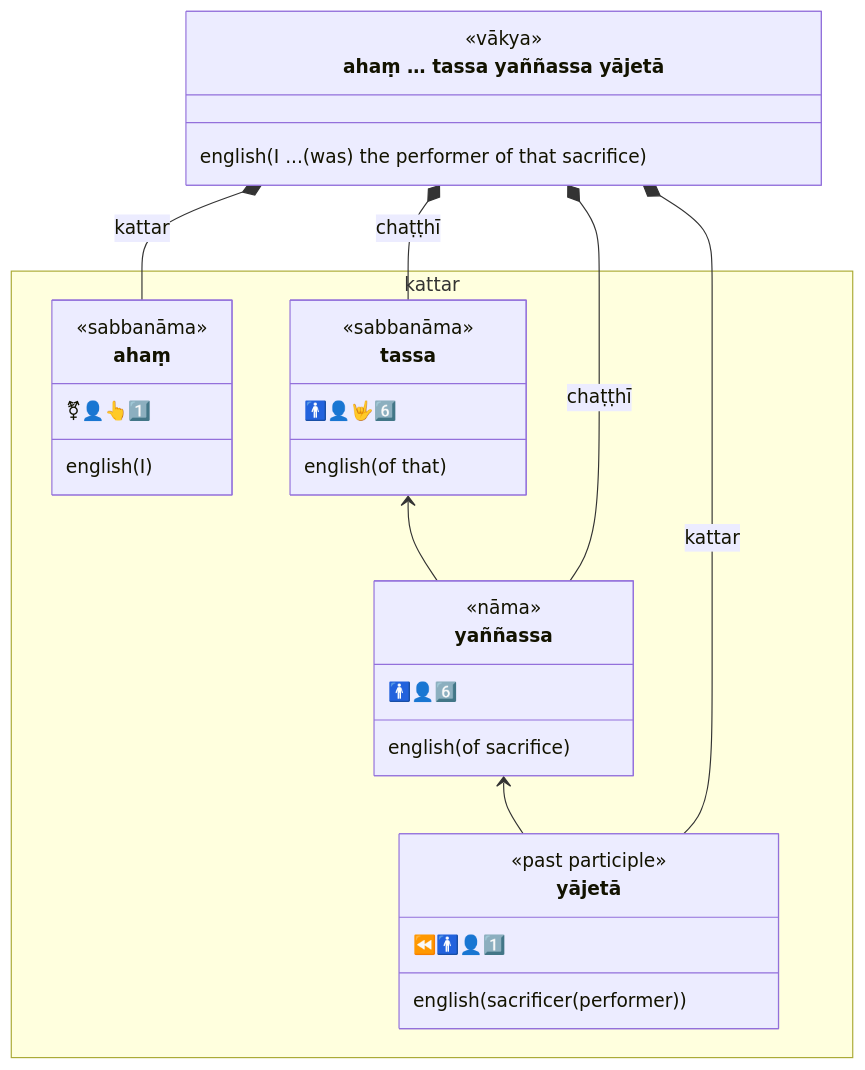
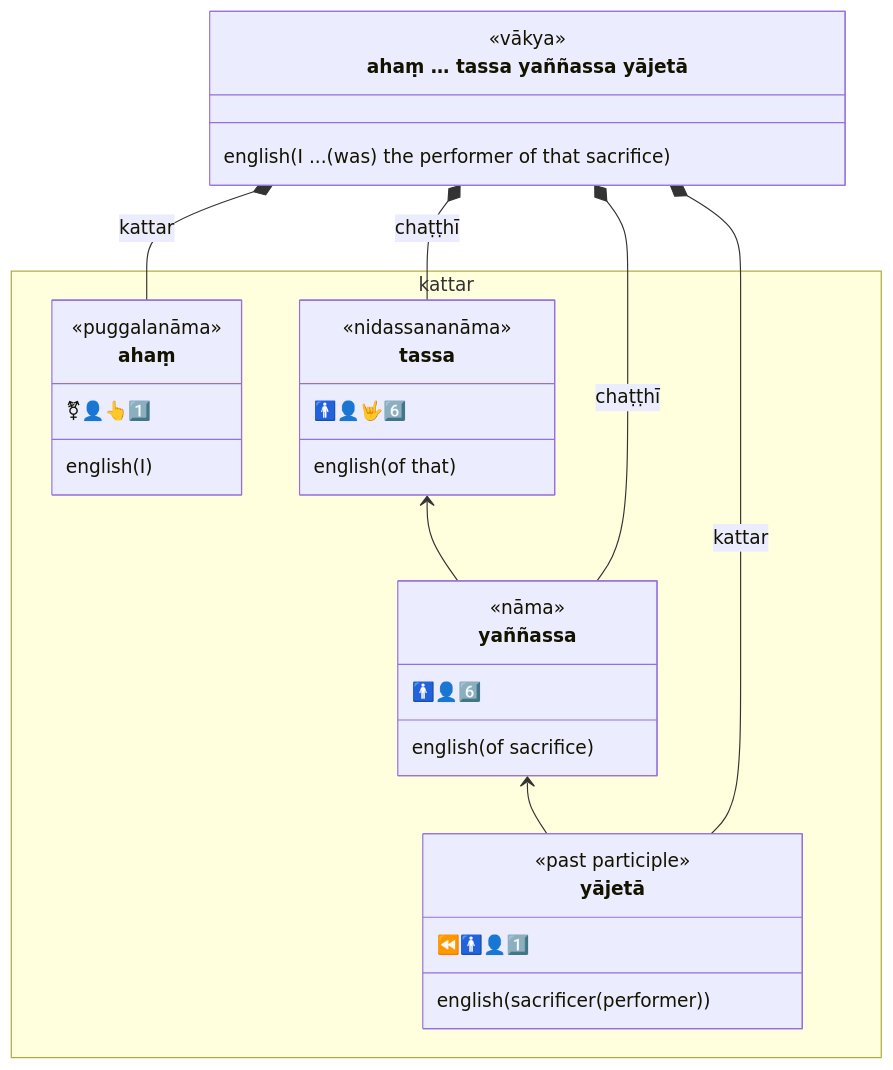
One commit to ChristineTham/buddhavacana changed diagram 42 of 60 in content/en/docs/Pali/sentences.md. Above: the diagram before and after it, drawn with Mermaid. The commit also changed other lines of this file and 3 other files, not shown here.

````diff
--- a/content/en/docs/Pali/sentences.md
+++ b/content/en/docs/Pali/sentences.md
@@ -1397,35 +1397,35 @@
 ```mermaid
 classDiagram
   class sentence["ahaṃ … tassa yaññassa yājetā"] {
     <<vākya>>
     english(I ... (was) the performer of that sacrifice)
   }
   namespace kattar {
     class ahaṃ {
-      <<sabbanāma>>
+      <<puggalanāma>>
       ⚧👤👆1️⃣
       english(I)
     }
     class tassa {
-      <<sabbanāma>>
+      <<nidassananāma>>
       🚹👤🤟6️⃣
       english(of that)
     }
     class yaññassa {
       <<nāma>>
       🚹👤6️⃣
       english(of sacrifice)
     }
     class yājetā {
       <<past participle>>
       ⏪🚹👤1️⃣
       english(sacrificer (performer))
     }
   }
   tassa <-- yaññassa
   yaññassa <-- yājetā
   sentence *-- ahaṃ : kattar
   sentence *-- tassa : chaṭṭhī
   sentence *-- yaññassa : chaṭṭhī
   sentence *-- yājetā : kattar
 ```
````
